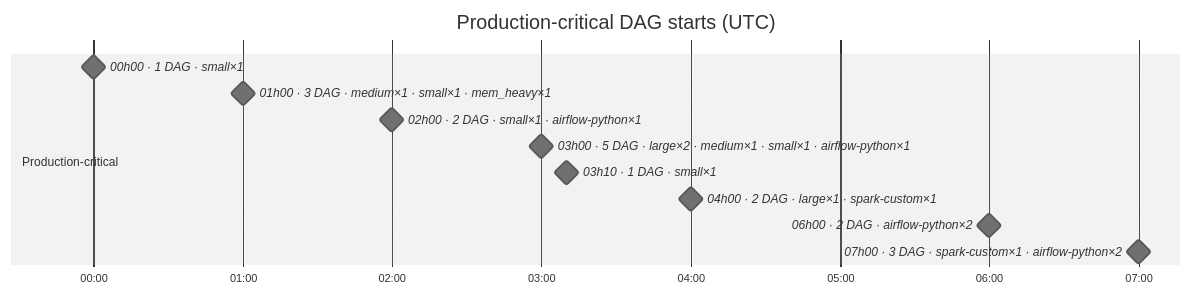
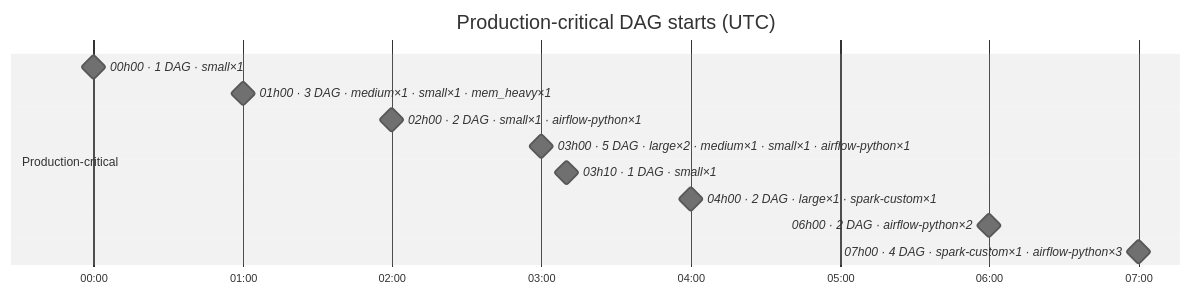
One commit to DayMarket/ml-feature-platform changed the second of 7 diagrams in docs/feature_platform_map.md. Above: the diagram before and after it, drawn with Mermaid (neutral theme). The commit also changed other lines of this file and 4 other files, not shown here.

````diff
--- a/docs/feature_platform_map.md
+++ b/docs/feature_platform_map.md
@@ -123,16 +126,16 @@
 ```mermaid
 gantt
     title Production-critical DAG starts (UTC)
     dateFormat HH:mm
     axisFormat %H:%M
     tickInterval 1hour
     section Production-critical
     00h00 · 1 DAG · small×1 :milestone, s0_0000, 00:00, 0m
     01h00 · 3 DAG · medium×1 · small×1 · mem_heavy×1 :milestone, s0_0060, 01:00, 0m
     02h00 · 2 DAG · small×1 · airflow-python×1 :milestone, s0_0120, 02:00, 0m
     03h00 · 5 DAG · large×2 · medium×1 · small×1 · airflow-python×1 :milestone, s0_0180, 03:00, 0m
     03h10 · 1 DAG · small×1 :milestone, s0_0190, 03:10, 0m
     04h00 · 2 DAG · large×1 · spark-custom×1 :milestone, s0_0240, 04:00, 0m
     06h00 · 2 DAG · airflow-python×2 :milestone, s0_0360, 06:00, 0m
-    07h00 · 3 DAG · spark-custom×1 · airflow-python×2 :milestone, s0_0420, 07:00, 0m
+    07h00 · 4 DAG · spark-custom×1 · airflow-python×3 :milestone, s0_0420, 07:00, 0m
 ```
````
